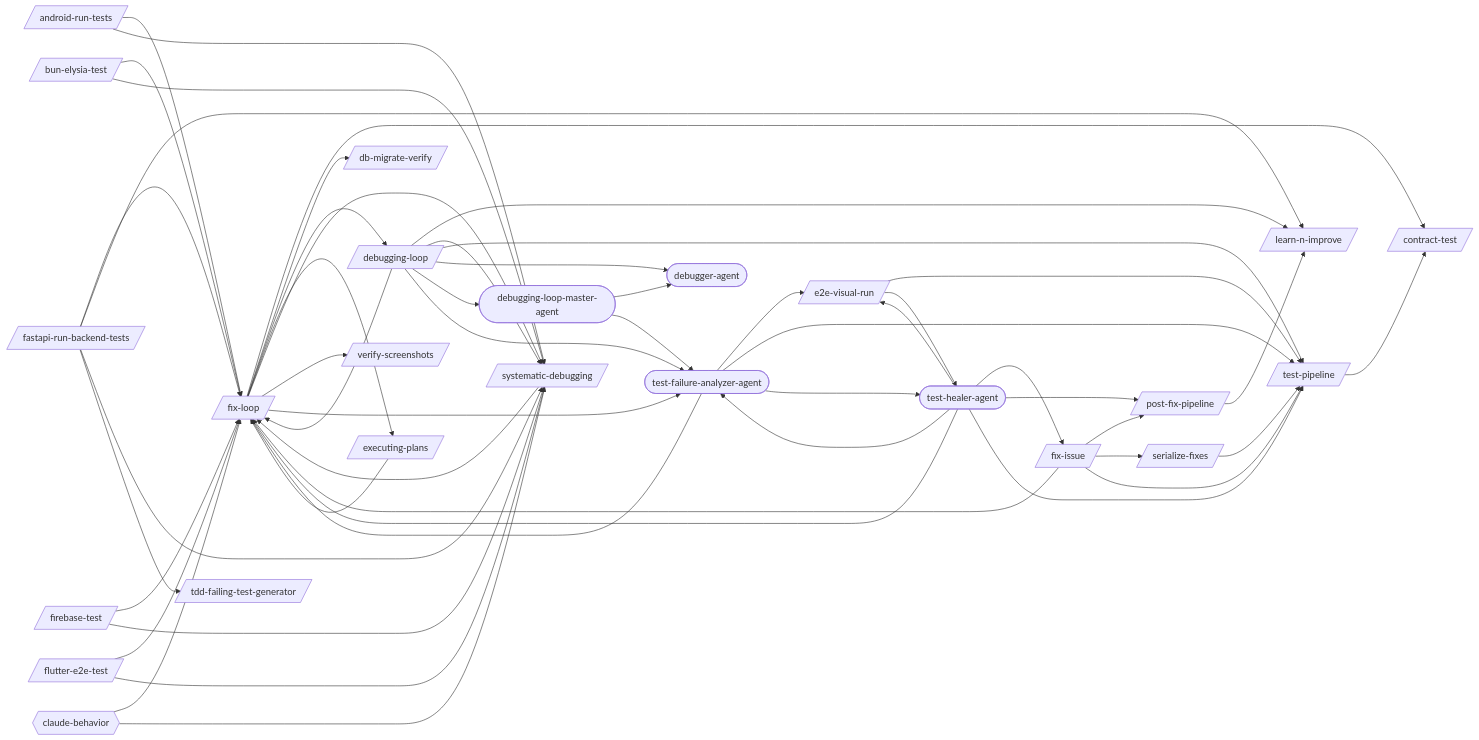
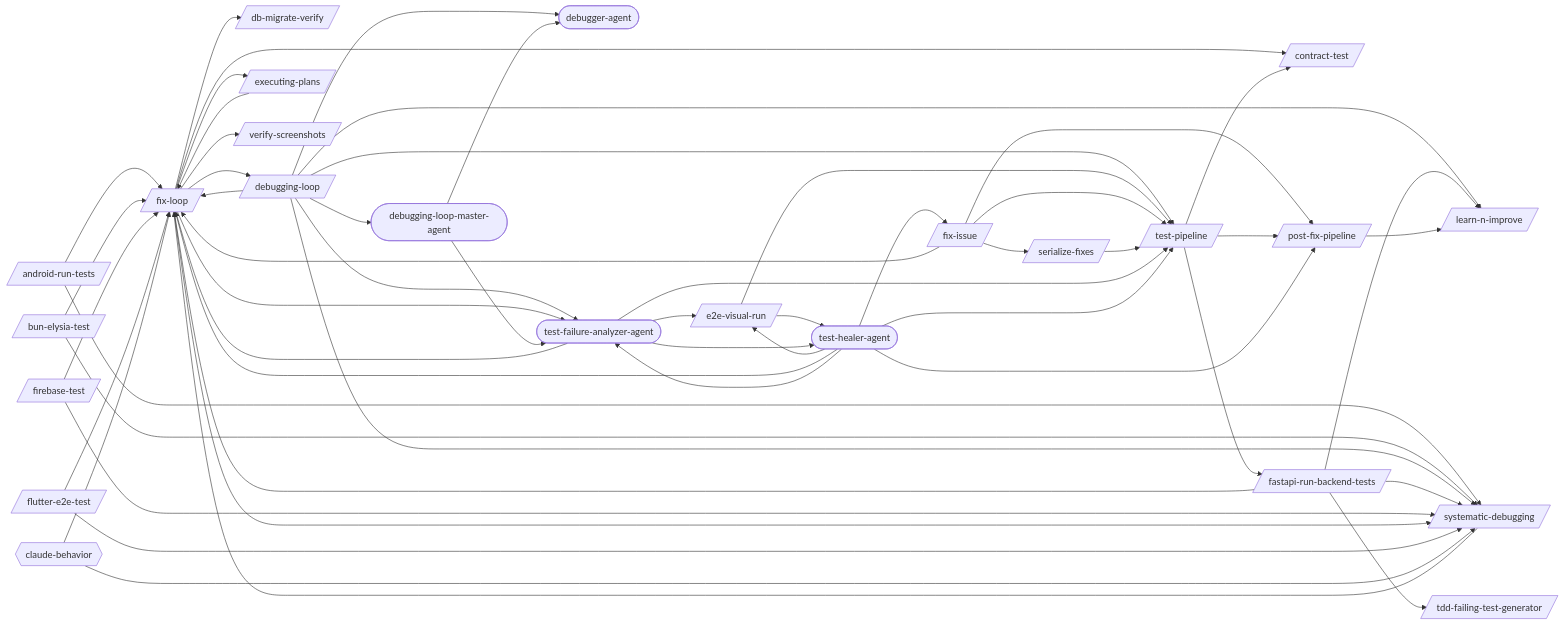
The first of 23 diagrams in docs/workflows/debugging-loop.md (abhayla/claude-best-practices), drawn with Mermaid before and after one commit. The commit also changed other lines of this file and 12 other files, not shown here.

````diff
--- a/docs/workflows/debugging-loop.md
+++ b/docs/workflows/debugging-loop.md
@@ -9,78 +9,80 @@
 ```mermaid
 graph LR
     android_run_tests[/android-run-tests/]
     bun_elysia_test[/bun-elysia-test/]
     contract_test[/contract-test/]
     db_migrate_verify[/db-migrate-verify/]
     debugging_loop[/debugging-loop/]
     e2e_visual_run[/e2e-visual-run/]
     executing_plans[/executing-plans/]
     fastapi_run_backend_tests[/fastapi-run-backend-tests/]
     firebase_test[/firebase-test/]
     fix_issue[/fix-issue/]
     fix_loop[/fix-loop/]
     flutter_e2e_test[/flutter-e2e-test/]
     learn_n_improve[/learn-n-improve/]
     post_fix_pipeline[/post-fix-pipeline/]
     serialize_fixes[/serialize-fixes/]
     systematic_debugging[/systematic-debugging/]
     tdd_failing_test_generator[/tdd-failing-test-generator/]
     test_pipeline[/test-pipeline/]
     verify_screenshots[/verify-screenshots/]
     debugger_agent([debugger-agent])
     debugging_loop_master_agent([debugging-loop-master-agent])
     test_failure_analyzer_agent([test-failure-analyzer-agent])
     test_healer_agent([test-healer-agent])
     claude_behavior{{claude-behavior}}
     android_run_tests --> fix_loop
     android_run_tests --> systematic_debugging
     bun_elysia_test --> fix_loop
     bun_elysia_test --> systematic_debugging
     debugging_loop --> fix_loop
     debugging_loop --> learn_n_improve
     debugging_loop --> systematic_debugging
     debugging_loop --> test_pipeline
     debugging_loop --> debugger_agent
     debugging_loop --> debugging_loop_master_agent
     debugging_loop --> test_failure_analyzer_agent
     e2e_visual_run --> test_pipeline
     e2e_visual_run --> test_healer_agent
     executing_plans --> fix_loop
     fastapi_run_backend_tests --> fix_loop
     fastapi_run_backend_tests --> learn_n_improve
     fastapi_run_backend_tests --> systematic_debugging
     fastapi_run_backend_tests --> tdd_failing_test_generator
     firebase_test --> fix_loop
     firebase_test --> systematic_debugging
     fix_issue --> fix_loop
     fix_issue --> post_fix_pipeline
     fix_issue --> serialize_fixes
     fix_issue --> test_pipeline
     fix_loop --> contract_test
     fix_loop --> db_migrate_verify
     fix_loop --> debugging_loop
     fix_loop --> executing_plans
     fix_loop --> systematic_debugging
     fix_loop --> verify_screenshots
     fix_loop --> test_failure_analyzer_agent
     flutter_e2e_test --> fix_loop
     flutter_e2e_test --> systematic_debugging
     post_fix_pipeline --> learn_n_improve
     serialize_fixes --> test_pipeline
     systematic_debugging --> fix_loop
     test_pipeline --> contract_test
+    test_pipeline --> fastapi_run_backend_tests
+    test_pipeline --> post_fix_pipeline
     debugging_loop_master_agent --> debugger_agent
     debugging_loop_master_agent --> test_failure_analyzer_agent
     test_failure_analyzer_agent --> e2e_visual_run
     test_failure_analyzer_agent --> fix_loop
     test_failure_analyzer_agent --> test_pipeline
     test_failure_analyzer_agent --> test_healer_agent
     test_healer_agent --> e2e_visual_run
     test_healer_agent --> fix_issue
     test_healer_agent --> fix_loop
     test_healer_agent --> post_fix_pipeline
     test_healer_agent --> test_pipeline
     test_healer_agent --> test_failure_analyzer_agent
     claude_behavior --> fix_loop
     claude_behavior --> systematic_debugging
 ```
````
